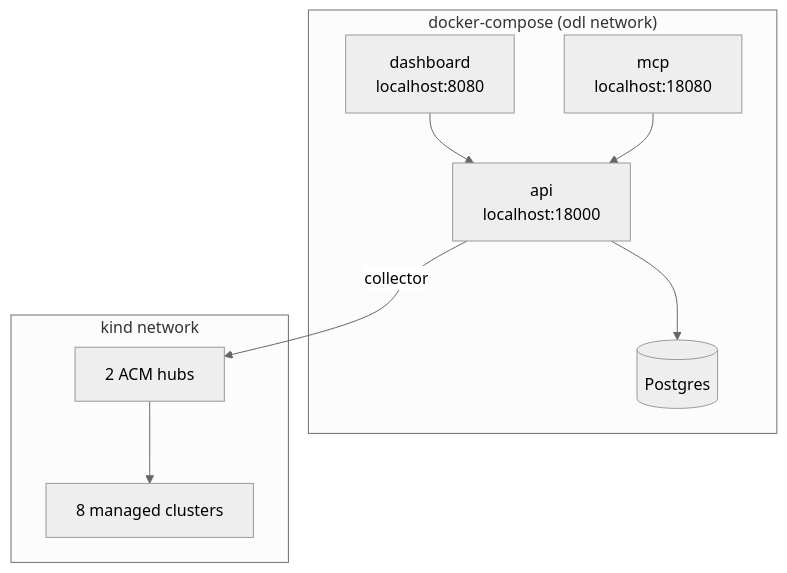
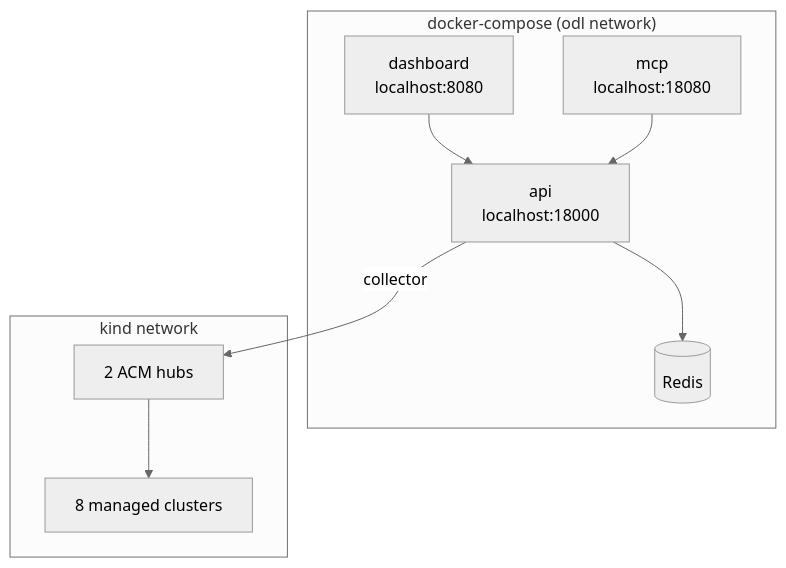
One commit to aasthapit/Operations-Data-Layer changed the sixth of 6 diagrams in docs/architecture.md. Above: the diagram before and after it, drawn with Mermaid (neutral theme). The commit also changed other lines of this file and 61 other files, not shown here.

````diff
--- a/docs/architecture.md
+++ b/docs/architecture.md
@@ -250,20 +285,20 @@
 ```mermaid
 flowchart TB
   subgraph compose["docker-compose (odl network)"]
-    db[("Postgres")]
+    redis[("Redis")]
     api["api<br/>localhost:18000"]
     dash["dashboard<br/>localhost:8080"]
     mcp["mcp<br/>localhost:18080"]
     dash --> api
     mcp --> api
-    api --> db
+    api --> redis
   end
 
   subgraph kindnet["kind network"]
     hubs["2 ACM hubs"]
     managed["8 managed clusters"]
     hubs --> managed
   end
 
   api -->|"collector"| hubs
 ```
````
